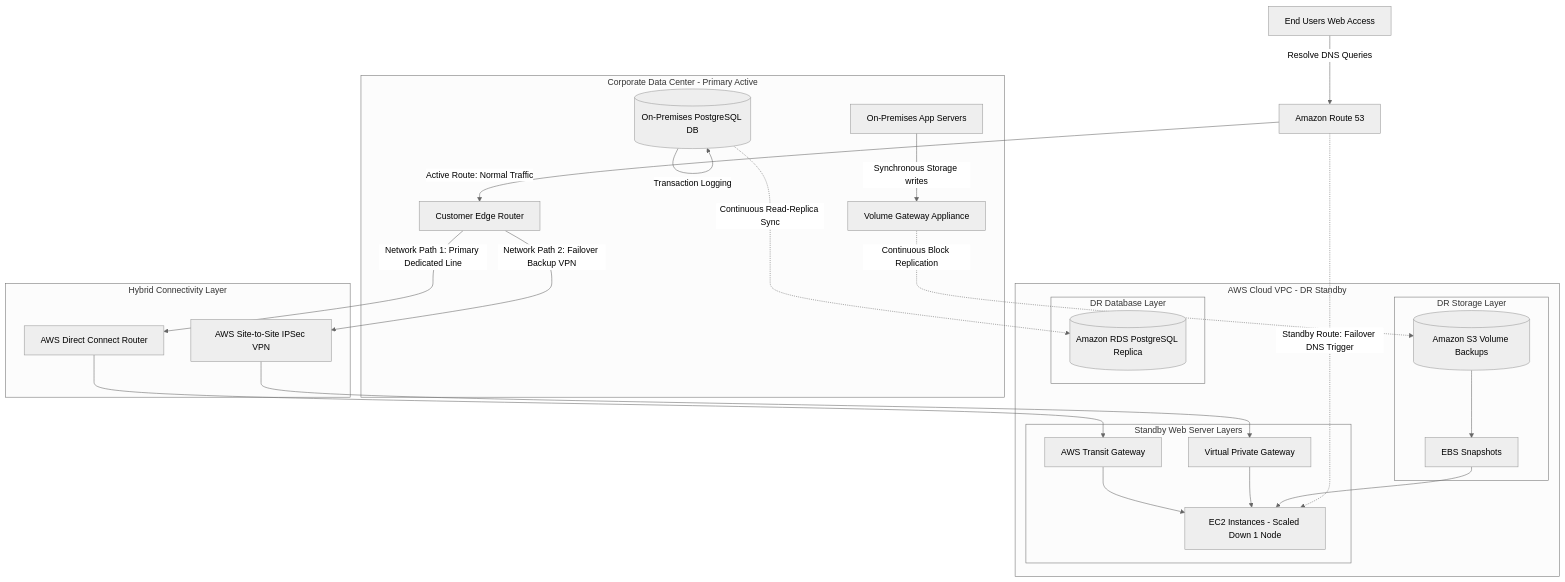
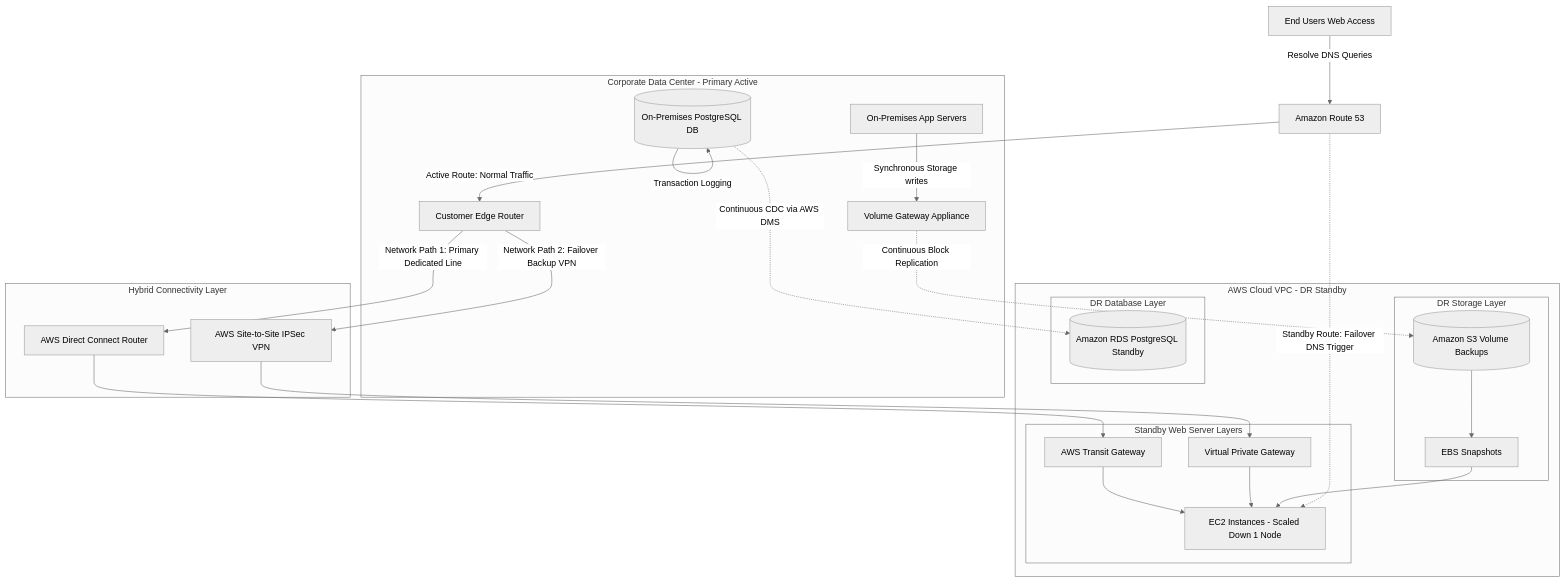
Before and after one commit to himanshubhardwaj87/awesome-aws-architecture: the diagram in scenarios/07-hybrid-cloud-dr.md, drawn with Mermaid (neutral theme). The commit also changed other lines of this file and 4 other files, not shown here.

````diff
--- a/scenarios/07-hybrid-cloud-dr.md
+++ b/scenarios/07-hybrid-cloud-dr.md
@@ -27,41 +27,41 @@
 ```mermaid
 graph TD
     subgraph Corporate_Data_Center [Corporate Data Center - Primary Active]
         OnPremClient[On-Premises App Servers]
         OnPremDB[(On-Premises PostgreSQL DB)]
         StorageGateway[Volume Gateway Appliance]
         CustomerRouter[Customer Edge Router]
         
         OnPremClient -->|Synchronous Storage writes| StorageGateway
         OnPremDB -->|Transaction Logging| OnPremDB
     end
     
     subgraph Network_Transit [Hybrid Connectivity Layer]
         CustomerRouter -->|Network Path 1: Primary Dedicated Line| DX[AWS Direct Connect Router]
         CustomerRouter -->|Network Path 2: Failover Backup VPN| VPN[AWS Site-to-Site IPSec VPN]
     end
     
     subgraph AWS_Disaster_Recovery_VPC [AWS Cloud VPC - DR Standby]
         DX --> TGW[AWS Transit Gateway]
         VPN --> VGW[Virtual Private Gateway]
         
         subgraph Compute_Auto_Scaling [Standby Web Server Layers]
             TGW --> AppStandby[EC2 Instances - Scaled Down 1 Node]
             VGW --> AppStandby
         end
         
         subgraph Storage_Synchronicity [DR Storage Layer]
             StorageGateway -.->|Continuous Block Replication| S3[(Amazon S3 Volume Backups)]
             S3 --> Snapshot[EBS Snapshots]
             Snapshot --> AppStandby
         end
         
         subgraph Database_Synchronicity [DR Database Layer]
-            OnPremDB -.->|Continuous Read-Replica Sync| RDS_Standby[(Amazon RDS PostgreSQL Replica)]
+            OnPremDB -.->|Continuous CDC via AWS DMS| RDS_Standby[(Amazon RDS PostgreSQL Standby)]
         end
     end
     
     Client[End Users Web Access] -->|Resolve DNS Queries| Route53[Amazon Route 53]
     Route53 -->|Active Route: Normal Traffic| CustomerRouter
     Route53 -.->|Standby Route: Failover DNS Trigger| AppStandby
 ```
````
